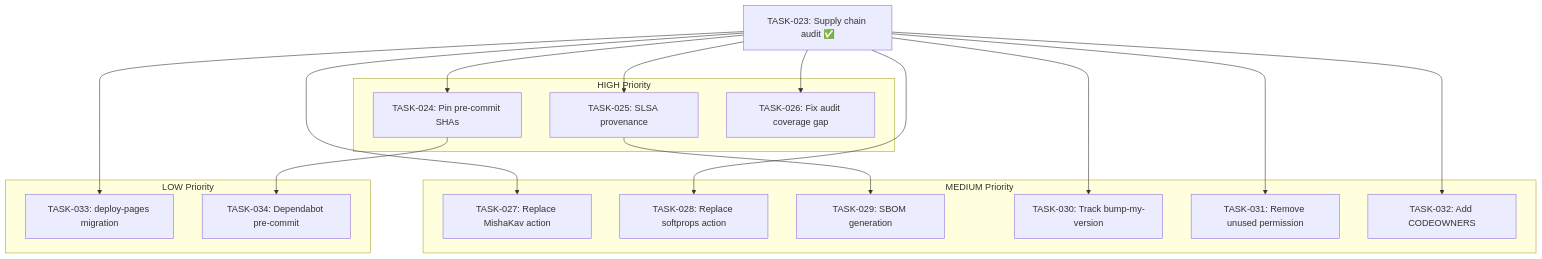
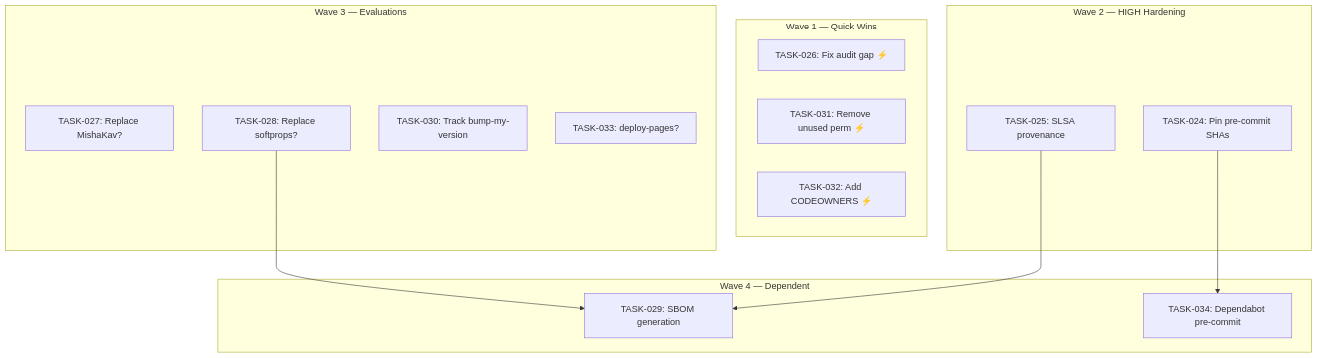
The diagram in projects/PROJ-024-tactical-work/work/EPIC-003-ci-pipeline-optimization/EN-006-supply-chain-hardening.md (geekatron/jerry), drawn with Mermaid before and after one commit. The commit also changed other lines of this file and 1 other file, not shown here.

First line of the commit message:
fix(worktracker): correct EN-006 dependency graph to technical deps only

````diff
--- a/projects/PROJ-024-tactical-work/work/EPIC-003-ci-pipeline-optimization/EN-006-supply-chain-hardening.md
+++ b/projects/PROJ-024-tactical-work/work/EPIC-003-ci-pipeline-optimization/EN-006-supply-chain-hardening.md
@@ -75,34 +93,45 @@
 ```mermaid
 graph TD
-    TASK-023[TASK-023: Supply chain audit ✅] --> TASK-024[TASK-024: Pin pre-commit SHAs]
-    TASK-023 --> TASK-025[TASK-025: SLSA provenance]
-    TASK-023 --> TASK-026[TASK-026: Fix audit coverage gap]
-    TASK-023 --> TASK-027[TASK-027: Replace MishaKav action]
-    TASK-023 --> TASK-028[TASK-028: Replace softprops action]
+    %% Wave 1: Quick wins (independent)
+    TASK-026[TASK-026: Fix audit gap ⚡]
+    TASK-031[TASK-031: Remove unused perm ⚡]
+    TASK-032[TASK-032: Add CODEOWNERS ⚡]
+
+    %% Wave 2: HIGH hardening (independent)
+    TASK-024[TASK-024: Pin pre-commit SHAs]
+    TASK-025[TASK-025: SLSA provenance]
+
+    %% Wave 3: Evaluations (independent)
+    TASK-027[TASK-027: Replace MishaKav?]
+    TASK-028[TASK-028: Replace softprops?]
+    TASK-030[TASK-030: Track bump-my-version]
+    TASK-033[TASK-033: deploy-pages?]
+
+    %% Wave 4: Dependent tasks
     TASK-025 --> TASK-029[TASK-029: SBOM generation]
-    TASK-023 --> TASK-030[TASK-030: Track bump-my-version]
-    TASK-023 --> TASK-031[TASK-031: Remove unused permission]
-    TASK-023 --> TASK-032[TASK-032: Add CODEOWNERS]
-    TASK-023 --> TASK-033[TASK-033: deploy-pages migration]
+    TASK-028 --> TASK-029
     TASK-024 --> TASK-034[TASK-034: Dependabot pre-commit]
 
-    subgraph "HIGH Priority"
-        TASK-024
-        TASK-025
+    subgraph "Wave 1 — Quick Wins"
         TASK-026
-    end
-
-    subgraph "MEDIUM Priority"
-        TASK-027
-        TASK-028
-        TASK-029
-        TASK-030
         TASK-031
         TASK-032
     end
 
-    subgraph "LOW Priority"
+    subgraph "Wave 2 — HIGH Hardening"
+        TASK-024
+        TASK-025
+    end
+
+    subgraph "Wave 3 — Evaluations"
+        TASK-027
+        TASK-028
+        TASK-030
         TASK-033
+    end
+
+    subgraph "Wave 4 — Dependent"
+        TASK-029
         TASK-034
     end
 ```
````
